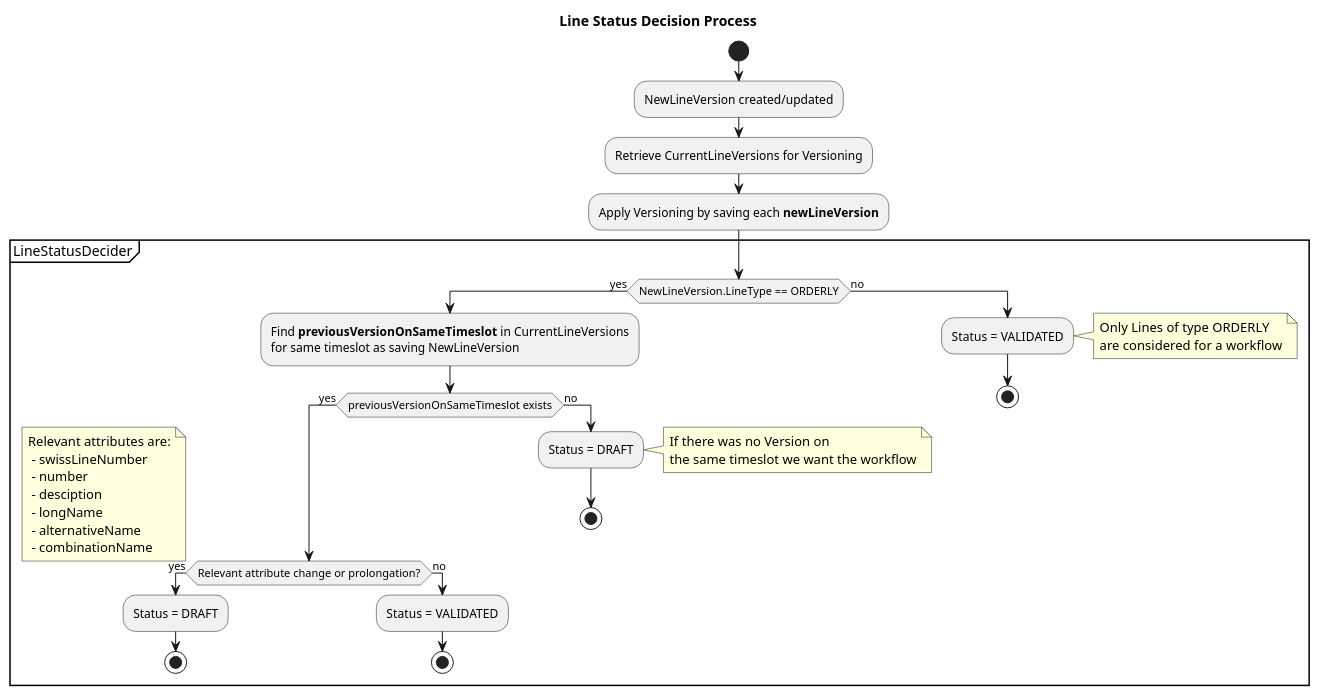
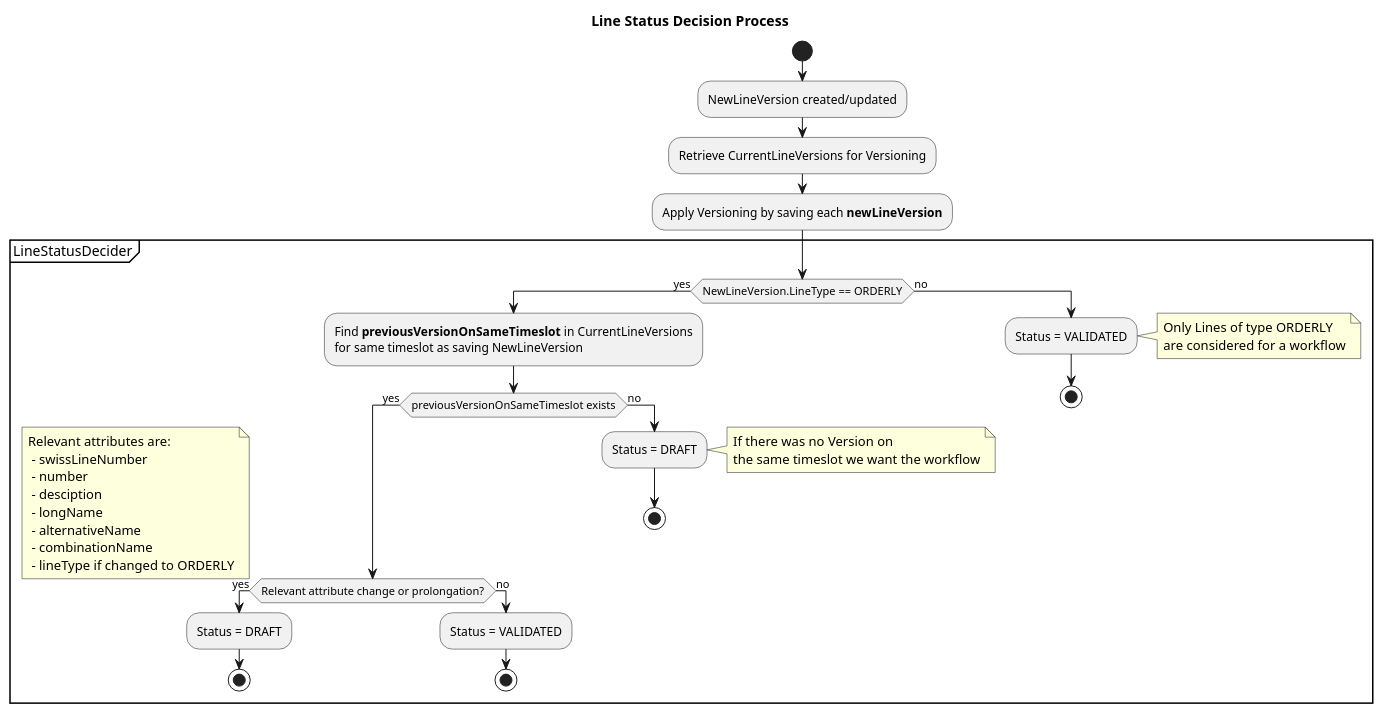
One commit to SchweizerischeBundesbahnen/atlas changed the diagram in line-directory/documentation/LineStatusDecision.puml. Above: the diagram before and after it, drawn with PlantUML. The commit also changed 2 other files, not shown here.

Commit message:
ATLAS-991: temporary/operational to orderly line -> draft

```diff
--- a/line-directory/documentation/LineStatusDecision.puml
+++ b/line-directory/documentation/LineStatusDecision.puml
@@ -1,54 +1,55 @@
 @startuml
 
 title Line Status Decision Process
 
 start
 
 :NewLineVersion created/updated;
 
 :Retrieve CurrentLineVersions for Versioning;
 
 :Apply Versioning by saving each **newLineVersion**;
 
 partition "LineStatusDecider"{
     if (NewLineVersion.LineType == ORDERLY) then (yes)
       :Find **previousVersionOnSameTimeslot** in CurrentLineVersions
       for same timeslot as saving NewLineVersion;
 
       if (previousVersionOnSameTimeslot exists) then (yes)
         if (Relevant attribute change or prolongation?) then (yes)
         floating note
               Relevant attributes are:
                - swissLineNumber
                - number
                - desciption
                - longName
                - alternativeName
                - combinationName
+               - lineType if changed to ORDERLY
         endnote
         :Status = DRAFT;
         stop
         else(no)
         :Status = VALIDATED;
         stop
         endif
       else (no)
         :Status = DRAFT;
         note right
             If there was no Version on
             the same timeslot we want the workflow
         endnote
         stop
       endif
 
     else (no)
       :Status = VALIDATED;
       note right
         Only Lines of type ORDERLY
         are considered for a workflow
       endnote
       stop
     endif
 }
 
 @enduml
```
